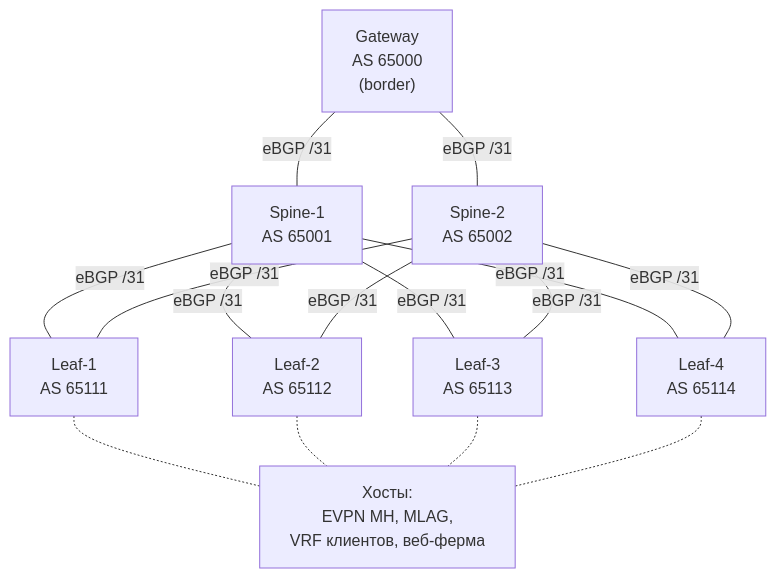
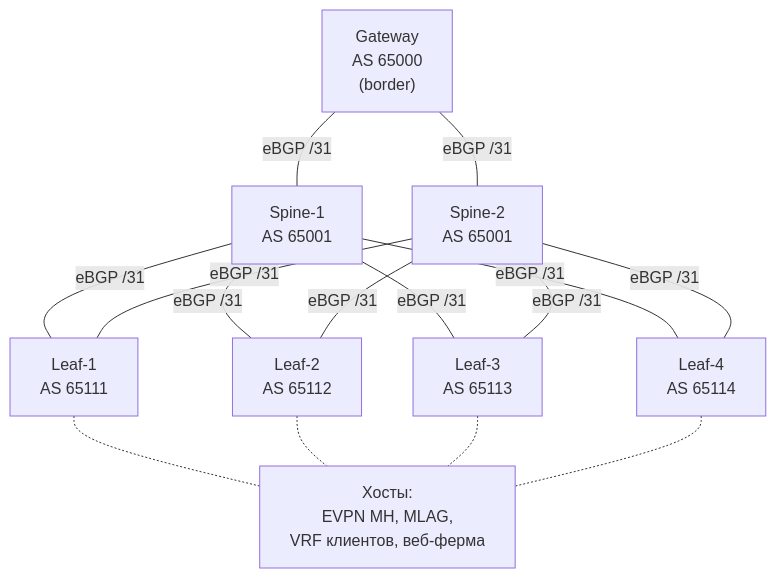
Before and after one commit to Baymirzaev-A/test-assignment: the diagram in README.md, drawn with Mermaid. The commit also changed other lines of this file and 8 other files, not shown here.

````diff
--- a/README.md
+++ b/README.md
@@ -23,30 +23,30 @@
 ```mermaid
 graph TD
     GW["Gateway<br/>AS 65000<br/>(border)"]
 
     S1["Spine-1<br/>AS 65001"]
-    S2["Spine-2<br/>AS 65002"]
+    S2["Spine-2<br/>AS 65001"]
 
     L1["Leaf-1<br/>AS 65111"]
     L2["Leaf-2<br/>AS 65112"]
     L3["Leaf-3<br/>AS 65113"]
     L4["Leaf-4<br/>AS 65114"]
 
     GW ---|eBGP /31| S1
     GW ---|eBGP /31| S2
 
     S1 ---|eBGP /31| L1
     S1 ---|eBGP /31| L2
     S1 ---|eBGP /31| L3
     S1 ---|eBGP /31| L4
 
     S2 ---|eBGP /31| L1
     S2 ---|eBGP /31| L2
     S2 ---|eBGP /31| L3
     S2 ---|eBGP /31| L4
 
     L1 -.- H["Хосты: <br/>EVPN MH, MLAG,<br/>VRF клиентов, веб-ферма"]
     L2 -.- H
     L3 -.- H
     L4 -.- H
 ```
````
